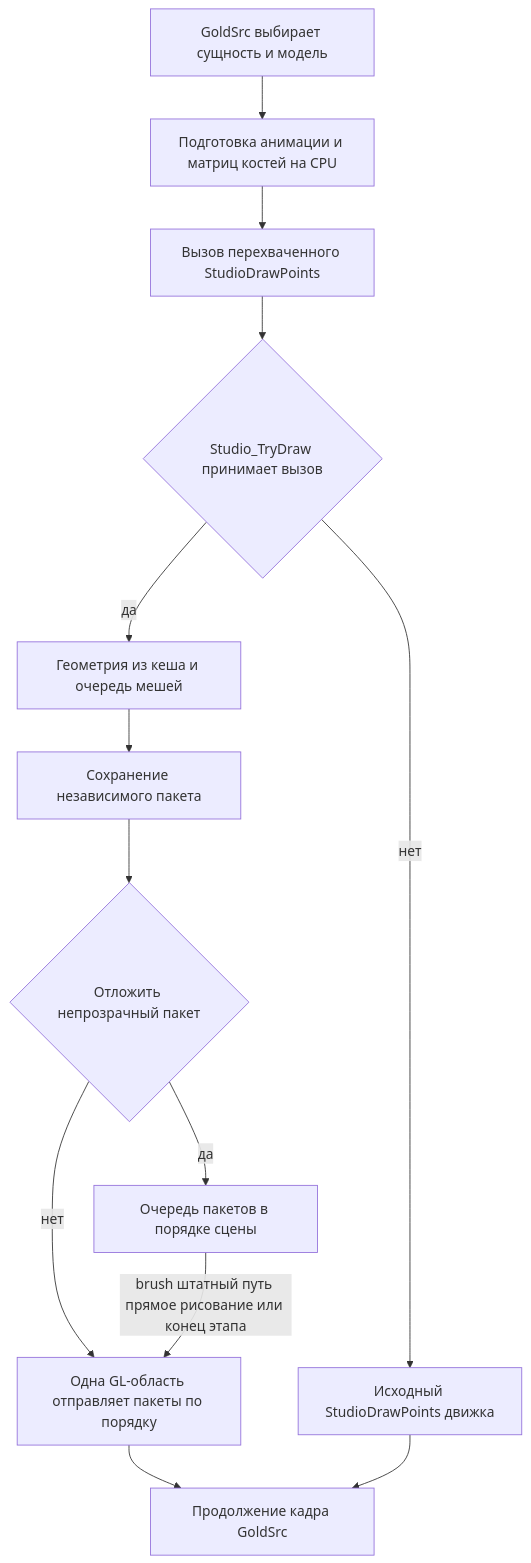
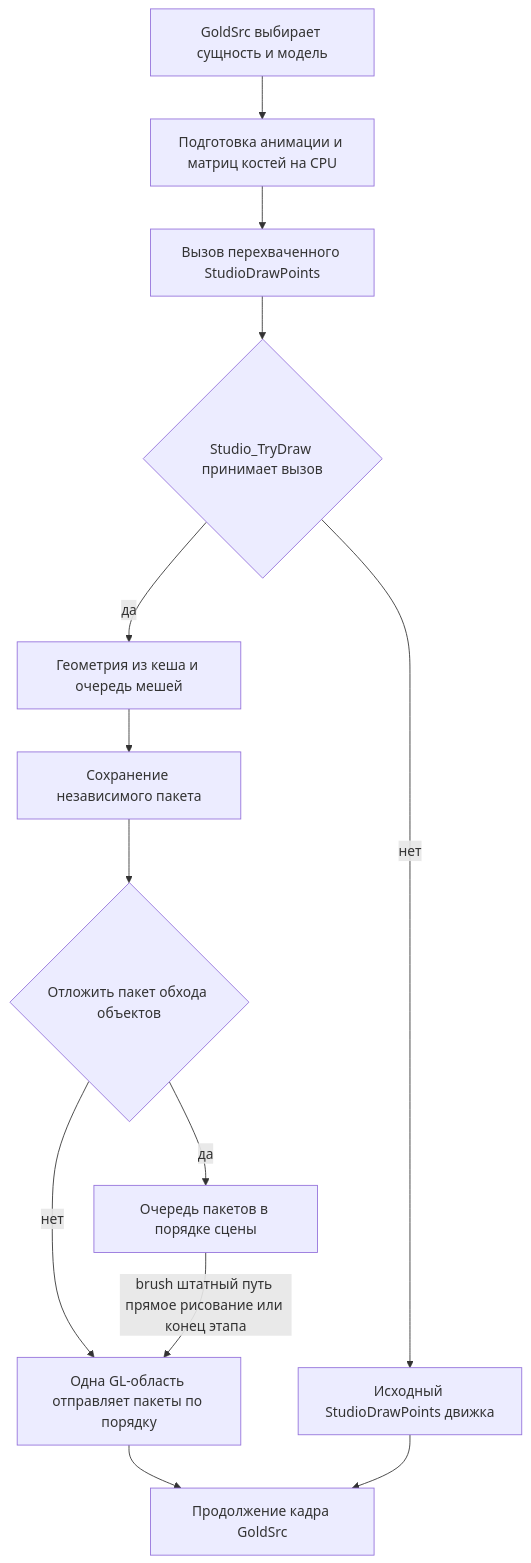
One commit to CS-NextClient/NextClient changed the first of 3 diagrams in docs/renderer-architecture.ru.md. Above: the diagram before and after it, drawn with Mermaid. The commit also changed other lines of this file and 19 other files, not shown here.

````diff
--- a/docs/renderer-architecture.ru.md
+++ b/docs/renderer-architecture.ru.md
@@ -83,15 +83,15 @@
 ```mermaid
 flowchart TD
     A[GoldSrc выбирает сущность и модель] --> B[Подготовка анимации и матриц костей на CPU]
     B --> C[Вызов перехваченного StudioDrawPoints]
     C --> D{Studio_TryDraw принимает вызов}
     D -->|да| E[Геометрия из кеша и очередь мешей]
     E --> F[Сохранение независимого пакета]
-    F --> Q{Отложить непрозрачный пакет}
+    F --> Q{Отложить пакет обхода объектов}
     Q -->|да| R[Очередь пакетов в порядке сцены]
     Q -->|нет| G[Одна GL-область отправляет пакеты по порядку]
     R -->|brush штатный путь прямое рисование или конец этапа| G
     D -->|нет| H[Исходный StudioDrawPoints движка]
     G --> I[Продолжение кадра GoldSrc]
     H --> I
 ```
````
